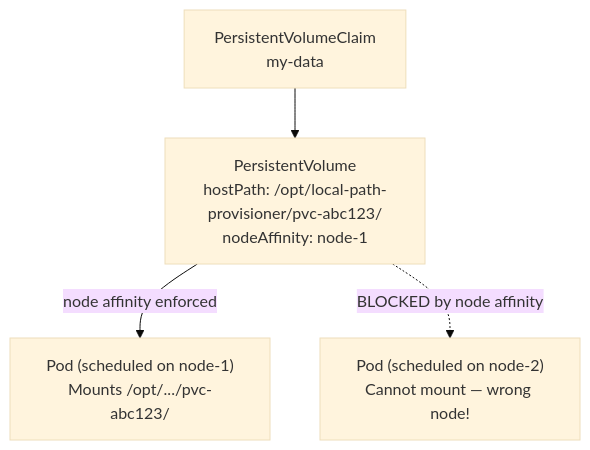
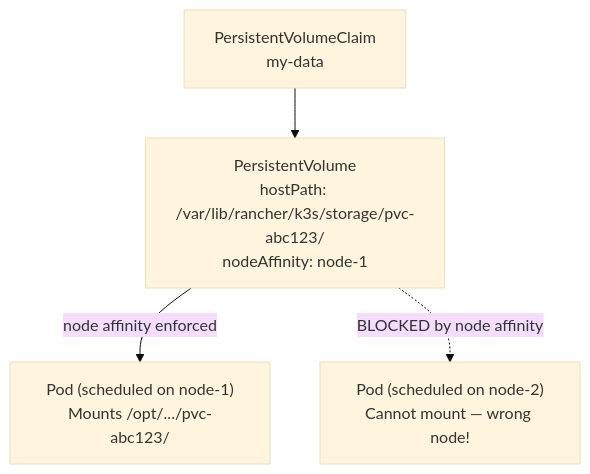
The third of 5 diagrams in 05_storage/01_local_path_provisioner.md (UncleJS/course_k3s), drawn with Mermaid (base theme) before and after one commit. The commit also changed other lines of this file and 74 other files, not shown here.

````diff
--- a/05_storage/01_local_path_provisioner.md
+++ b/05_storage/01_local_path_provisioner.md
@@ -228,10 +228,10 @@
 ```mermaid
 flowchart TD
-    PV["PersistentVolume<br/>hostPath: /opt/local-path-provisioner/pvc-abc123/<br/>nodeAffinity: node-1"]
+    PV["PersistentVolume<br/>hostPath: /var/lib/rancher/k3s/storage/pvc-abc123/<br/>nodeAffinity: node-1"]
     PVC["PersistentVolumeClaim<br/>my-data"]
     POD1["Pod (scheduled on node-1)<br/>Mounts /opt/.../pvc-abc123/"]
     POD2["Pod (scheduled on node-2)<br/>Cannot mount — wrong node!"]
     PVC --> PV
     PV -->|"node affinity enforced"| POD1
     PV -.->|"BLOCKED by node affinity"| POD2
 ```
````
